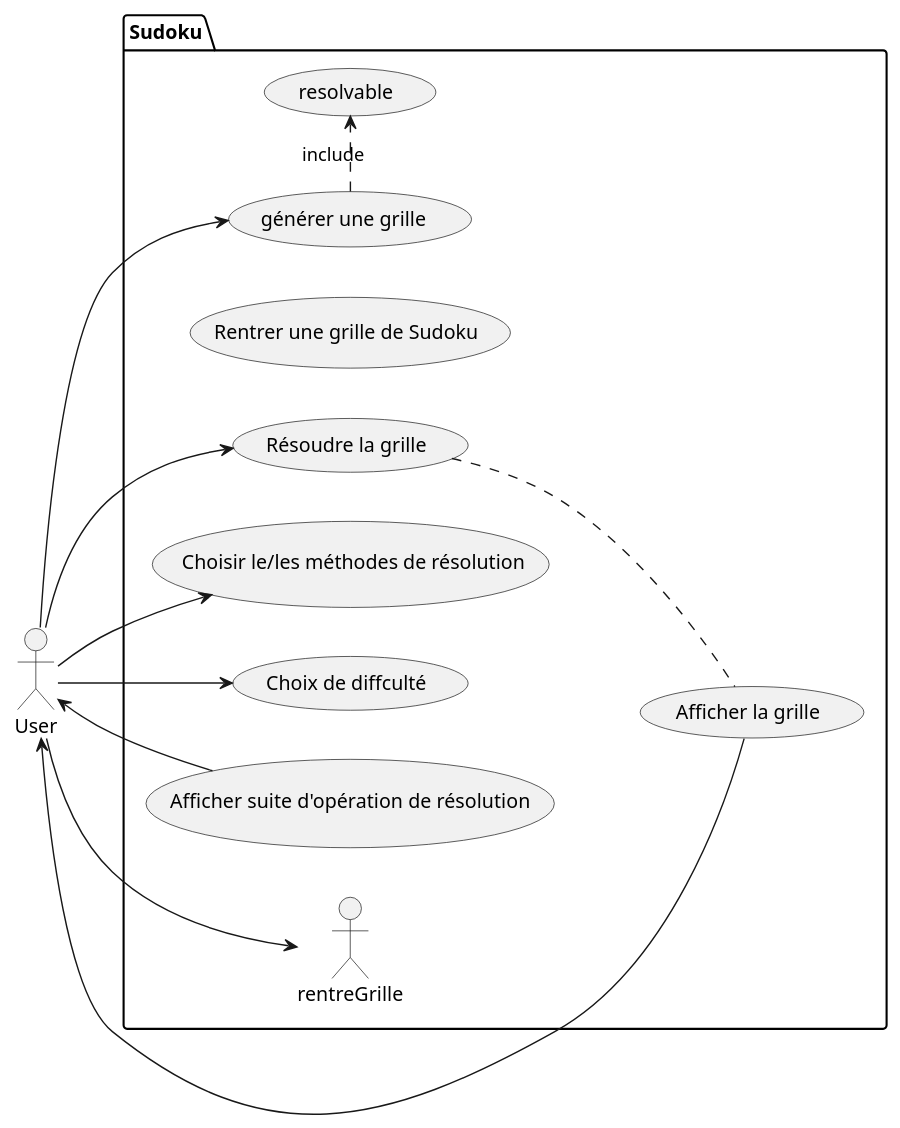
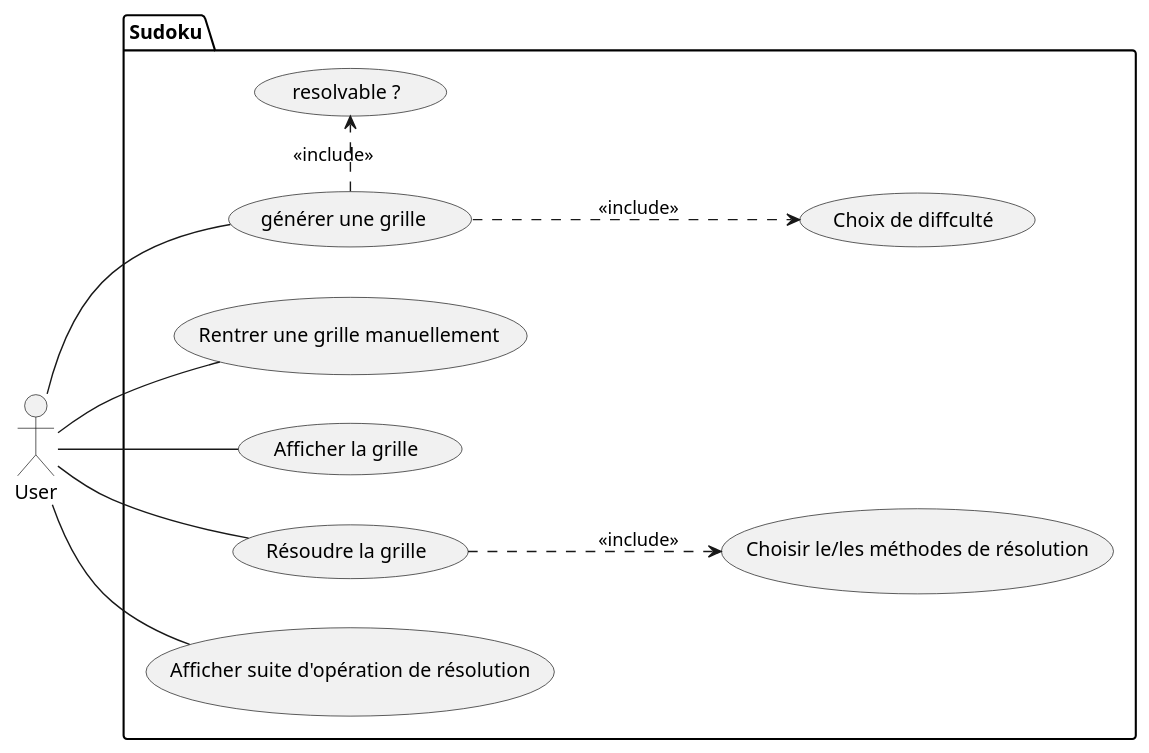
The diagram in doc/grilleusediagram.puml (R0-M1/Sudoku), drawn with PlantUML before and after one commit.

Commit message:
diagramme cas d'utilisation

```diff
--- a/doc/grilleusediagram.puml
+++ b/doc/grilleusediagram.puml
@@ -1,29 +1,27 @@
 @startuml
 left to right direction
 actor User
 
 package Sudoku {
-usecase "Rentrer une grille de Sudoku" as rentrerGrille
-usecase "générer une grille " as GenerGrille
+usecase "Rentrer une grille manuellement" as RentrerGrille
+usecase "générer une grille " as GenererGrille
 usecase "Afficher la grille" as AfficherGrille
 usecase "Résoudre la grille" as ResoudreGrille
-usecase " Choisir le/les méthodes de résolution" as choixmeth
+usecase "Choisir le/les méthodes de résolution" as choixmeth
 usecase "Choix de diffculté" as Choixdifficulté
 usecase "Afficher suite d'opération de résolution" as afflog
-(resolvable)  as res
+usecase "resolvable ?" as resolvable
 
-GenerGrille .> res : include
-User --> rentreGrille
-User --> GenerGrille
-User --> choixmeth
-User <-- afflog
-User --> Choixdifficulté
+GenererGrille .> resolvable : <<include>>
+User -- GenererGrille
+User -- afflog
+GenererGrille ..> Choixdifficulté : <<include>>
+User -- RentrerGrille
 
-User<-- AfficherGrille
-User--> ResoudreGrille
+User-- AfficherGrille
+User-- ResoudreGrille
+ResoudreGrille ..> choixmeth : <<include>>
 
-
-ResoudreGrille .. AfficherGrille
 
 }
 @enduml
```
